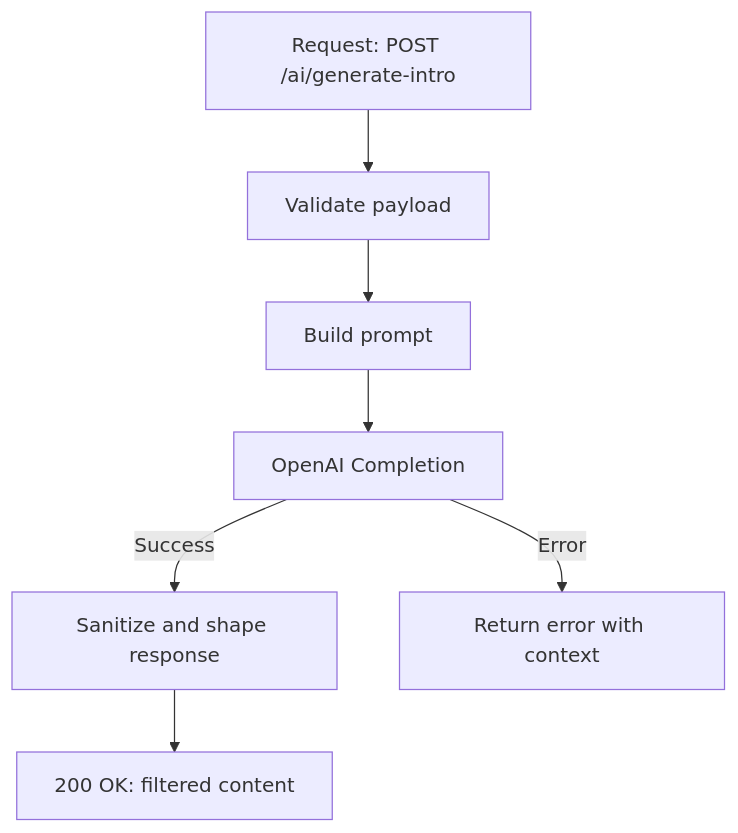
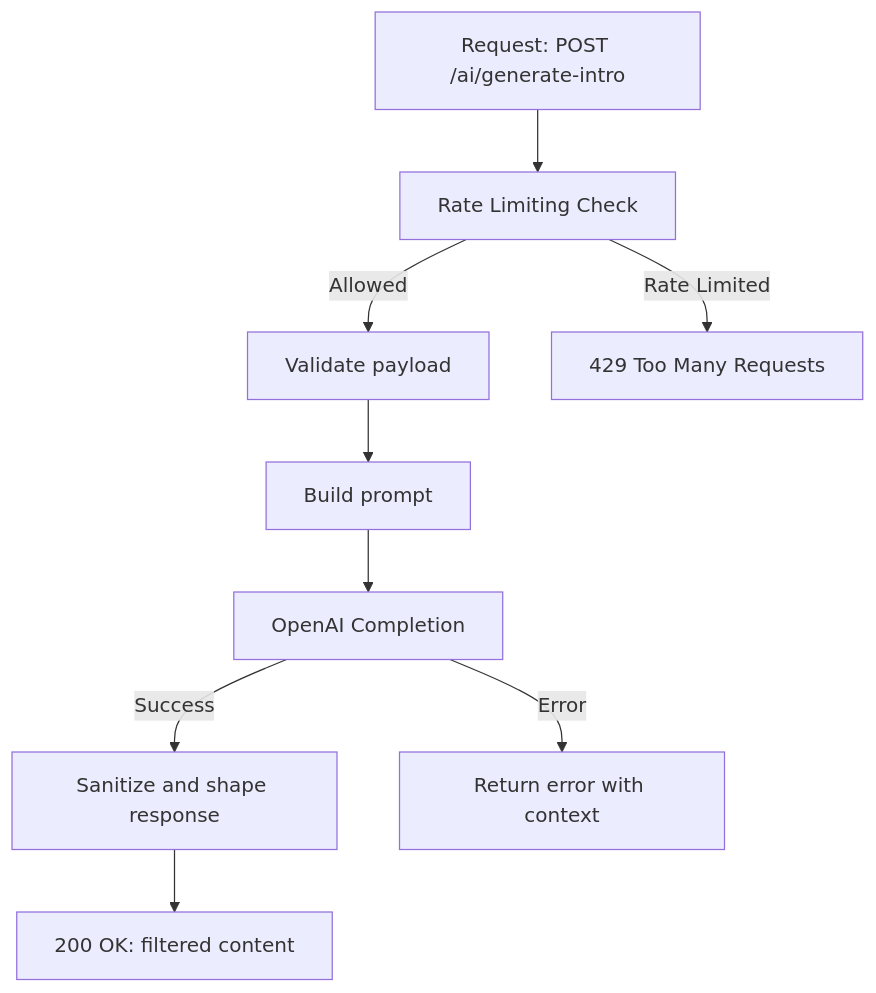
The third of 6 diagrams in README.md (Daniel-Fonseca-da-Silva/dafon-cv-api), drawn with Mermaid before and after one commit. The commit also changed other lines of this file, not shown here.

Commit message:
fix: updated readme with rate limit and redis

````diff
--- a/README.md
+++ b/README.md
@@ -145,9 +150,11 @@
 ```mermaid
 flowchart TD
-  A[Request: POST /ai/generate-intro] --> B[Validate payload]
-  B --> C[Build prompt]
-  C --> D[OpenAI Completion]
-  D -->|Success| E[Sanitize and shape response]
-  D -->|Error| F[Return error with context]
-  E --> G[200 OK: filtered content]
+  A[Request: POST /ai/generate-intro] --> B[Rate Limiting Check]
+  B -->|Allowed| C[Validate payload]
+  B -->|Rate Limited| D[429 Too Many Requests]
+  C --> E[Build prompt]
+  E --> F[OpenAI Completion]
+  F -->|Success| G[Sanitize and shape response]
+  F -->|Error| H[Return error with context]
+  G --> I[200 OK: filtered content]
 ```
````
